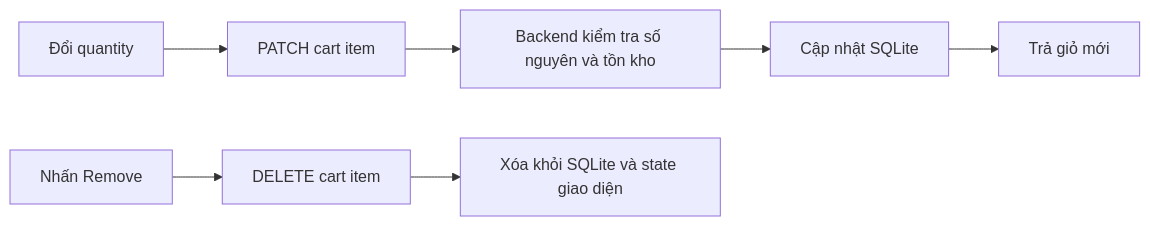
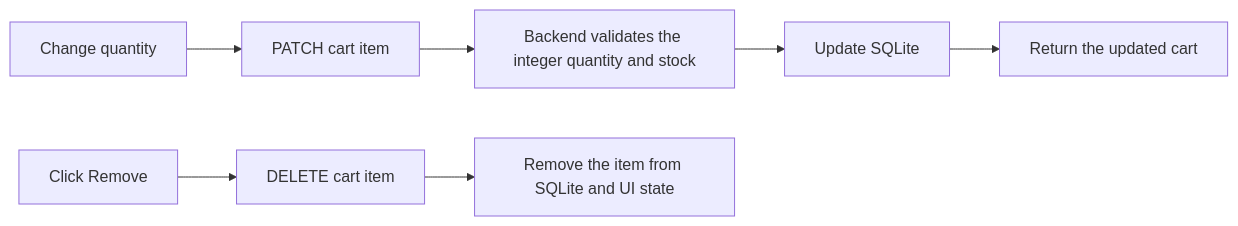
Before and after one commit to Henhhh/Web_29GG: the second of 2 diagrams in docs/cart-flow.md, drawn with Mermaid. The commit also changed other lines of this file and 5 other files, not shown here.

````diff
--- a/docs/cart-flow.md
+++ b/docs/cart-flow.md
@@ -55,9 +55,9 @@
 ```mermaid
 flowchart LR
-    A[Đổi quantity] --> B[PATCH cart item]
-    B --> C[Backend kiểm tra số nguyên và tồn kho]
-    C --> D[Cập nhật SQLite]
-    D --> E[Trả giỏ mới]
-    F[Nhấn Remove] --> G[DELETE cart item]
-    G --> H[Xóa khỏi SQLite và state giao diện]
+    A[Change quantity] --> B[PATCH cart item]
+    B --> C[Backend validates the integer quantity and stock]
+    C --> D[Update SQLite]
+    D --> E[Return the updated cart]
+    F[Click Remove] --> G[DELETE cart item]
+    G --> H[Remove the item from SQLite and UI state]
 ```
````
